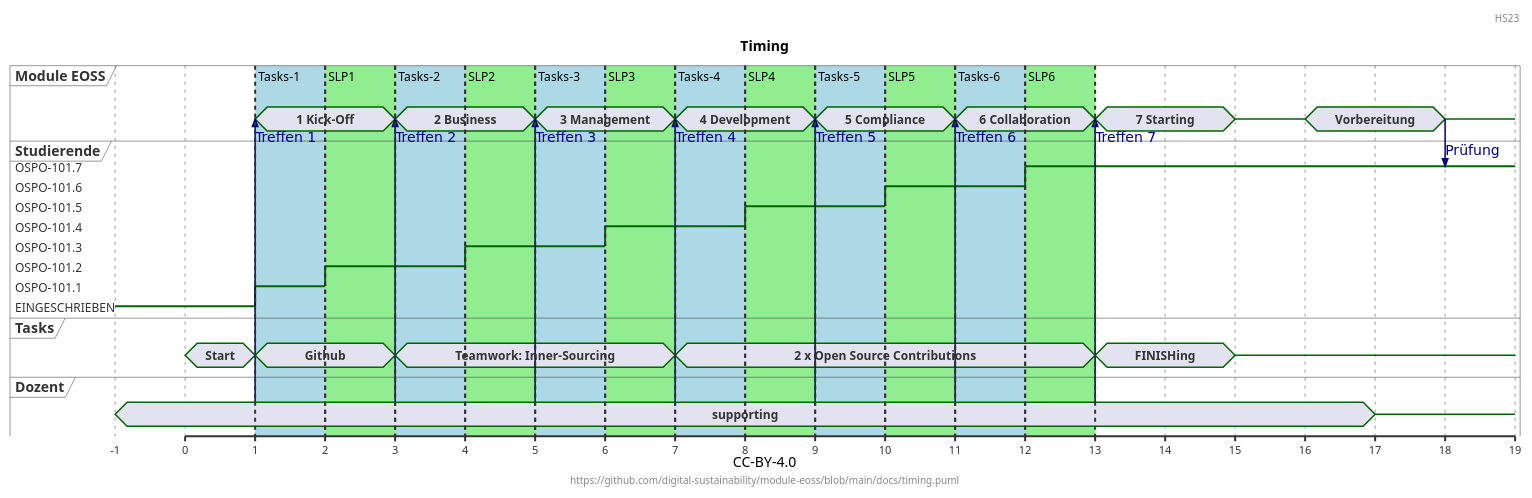
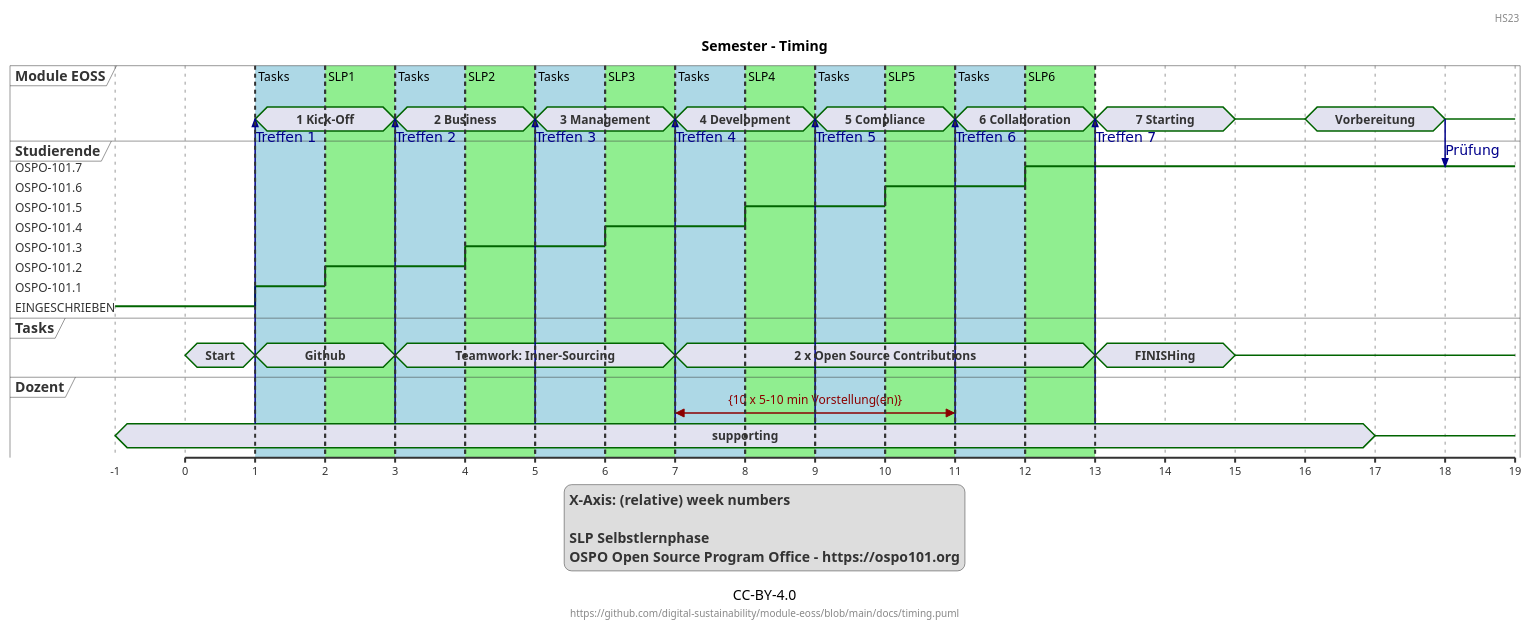
Before and after one commit to digital-sustainability/module-eoss: the diagram in docs/timing.puml, drawn with PlantUML.

```diff
--- a/docs/timing.puml
+++ b/docs/timing.puml
@@ -1,101 +1,109 @@
 @startuml
-Title Timing
+Title Semester - Timing
 header: HS23
 footer: "https://github.com/digital-sustainability/module-eoss/blob/main/docs/timing.puml"
 caption CC-BY-4.0
+
+legend
+X-Axis: (relative) week numbers
+
+SLP Selbstlernphase
+OSPO Open Source Program Office - https://ospo101.org
+end legend
 
 concise "Module EOSS" as eoss
 robust "Studierende" as studi
 concise "Tasks" as tasks
 concise "Dozent" as dozent
 scale 1 as 70 pixels
 
 @-1
 studi is EINGESCHRIEBEN
 dozent is supporting
 
 @+1
 tasks is Start
 
 @1
 dozent -> eoss: Treffen 1
 eoss is "1 Kick-Off"
 tasks is Github
 studi is OSPO-101.1
 
 @+1
 studi is OSPO-101.2
 
 @+1
 dozent -> eoss: Treffen 2
 eoss is "2 Business"
 tasks is "Teamwork: Inner-Sourcing"
+@7 <-> @11 : {10 x 5-10 min Vorstellung(en)}
 
 @+1
 studi is OSPO-101.3
 
 @+1
 dozent -> eoss: Treffen 3
 eoss is "3 Management"
 
 @+1
 studi is OSPO-101.4
 
 @+1
 dozent -> eoss: Treffen 4
 eoss is "4 Development"
 tasks is "2 x Open Source Contributions"
 
 @+1
 studi is OSPO-101.5
 
 @+1
 dozent -> eoss: Treffen 5
 eoss is "5 Compliance"
 
 @+1
 studi is OSPO-101.6
 
 @+1
 dozent -> eoss: Treffen 6
 eoss is "6 Collaboration"
 
 @+1
 studi is OSPO-101.7
 
 @+1
 dozent -> eoss: Treffen 7
 eoss is "7 Starting"
 tasks is FINISHing
 
 @+1
 
 @+1
 eoss is {-}
 tasks is {-}
 
 @+1
 eoss is Vorbereitung
 
 @+1
 dozent is {-}
 
 @+1
 eoss -> studi: Prüfung
 eoss is {-}
 
 highlight 2 to 3 #lightgreen : SLP1
 highlight 4 to 5 #lightgreen : SLP2
 highlight 6 to 7 #lightgreen : SLP3
 highlight 8 to 9 #lightgreen : SLP4
 highlight 10 to 11 #lightgreen : SLP5
 highlight 12 to 13 #lightgreen : SLP6
 
-highlight 1 to 2 #lightblue : Tasks-1
-highlight 3 to 4 #lightblue : Tasks-2
-highlight 5 to 6 #lightblue : Tasks-3
-highlight 7 to 8 #lightblue : Tasks-4
-highlight 9 to 10 #lightblue : Tasks-5
-highlight 11 to 12 #lightblue : Tasks-6
+highlight 1 to 2 #lightblue : Tasks
+highlight 3 to 4 #lightblue : Tasks
+highlight 5 to 6 #lightblue : Tasks
+highlight 7 to 8 #lightblue : Tasks
+highlight 9 to 10 #lightblue : Tasks
+highlight 11 to 12 #lightblue : Tasks
 
 @enduml
```
